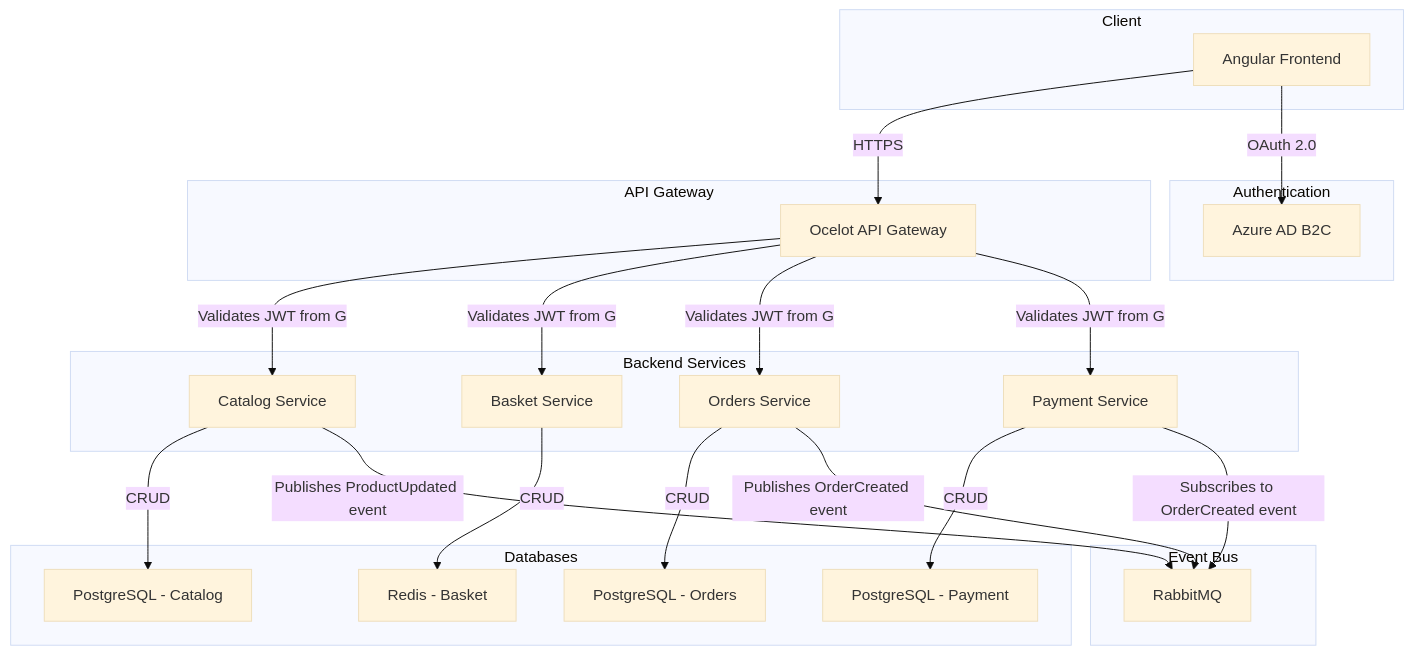
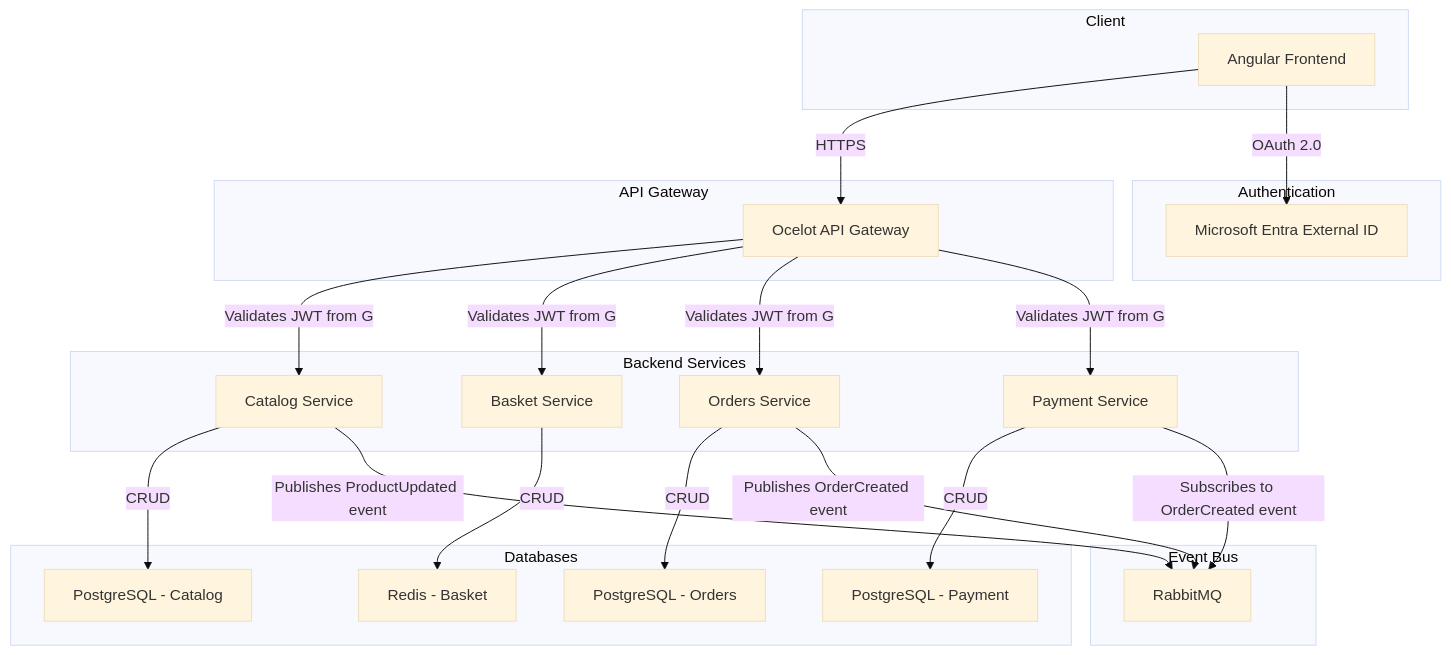
Before and after one commit to umamaheswara-reddy/e-commerce: the diagram in memento/systemPatterns.md, drawn with Mermaid (base theme). The commit also changed other lines of this file and 3 other files, not shown here.

Commit message:
Authentication from Azure AD B2C --> Microsoft Entra External ID documentation changes

````diff
--- a/memento/systemPatterns.md
+++ b/memento/systemPatterns.md
@@ -9,48 +9,48 @@
 ```mermaid
 graph TD
     subgraph "Client"
         A[Angular Frontend]
     end
 
     subgraph "API Gateway"
         B[Ocelot API Gateway]
     end
 
     subgraph "Backend Services"
         C[Catalog Service]
         D[Basket Service]
         E[Orders Service]
         F[Payment Service]
     end
 
     subgraph "Authentication"
-        G[Azure AD B2C]
+        G[Microsoft Entra External ID]
     end
 
     subgraph "Event Bus"
         H[RabbitMQ]
     end
 
     subgraph "Databases"
         I[PostgreSQL - Catalog]
         J[Redis - Basket]
         K[PostgreSQL - Orders]
         L[PostgreSQL - Payment]
     end
 
     A -- HTTPS --> B
     A -- OAuth 2.0 --> G
     B -- Validates JWT from G --> C
     B -- Validates JWT from G --> D
     B -- Validates JWT from G --> E
     B -- Validates JWT from G --> F
 
     C -- CRUD --> I
     D -- CRUD --> J
     E -- CRUD --> K
     F -- CRUD --> L
 
     E -- Publishes OrderCreated event --> H
     F -- Subscribes to OrderCreated event --> H
     C -- Publishes ProductUpdated event --> H
 ```
````
